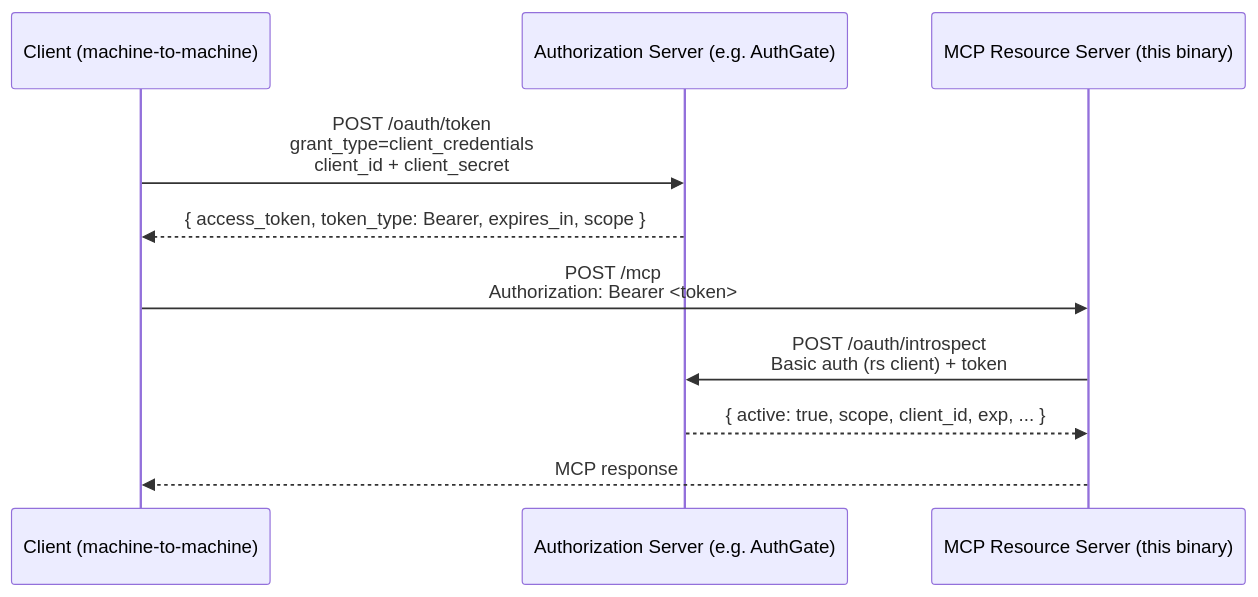
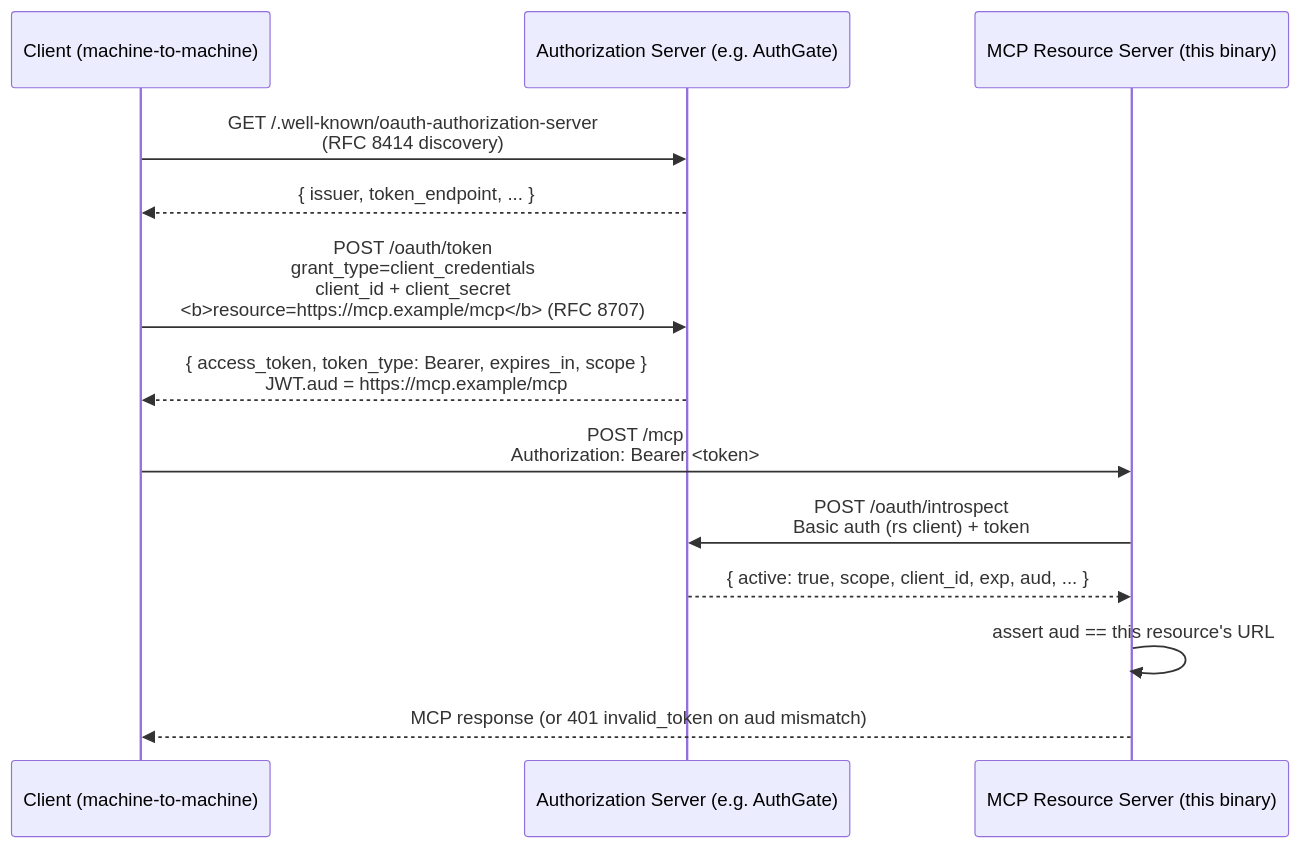
The diagram in 03-oauth-mcp/client-credentials/README.md (go-training/mcp-workshop), drawn with Mermaid before and after one commit. The commit also changed other lines of this file and 6 other files, not shown here.

First line of the commit message:
feat(client-credentials): bind tokens via RFC 8707 and add JWKS verifier variant (#2)

````diff
--- a/03-oauth-mcp/client-credentials/README.md
+++ b/03-oauth-mcp/client-credentials/README.md
@@ -20,14 +20,18 @@
 ```mermaid
 sequenceDiagram
     participant C as Client (machine-to-machine)
     participant AS as Authorization Server (e.g. AuthGate)
     participant RS as MCP Resource Server (this binary)
 
-    C->>AS: POST /oauth/token<br/>grant_type=client_credentials<br/>client_id + client_secret
-    AS-->>C: { access_token, token_type: Bearer, expires_in, scope }
+    C->>AS: GET /.well-known/oauth-authorization-server<br/>(RFC 8414 discovery)
+    AS-->>C: { issuer, token_endpoint, ... }
+
+    C->>AS: POST /oauth/token<br/>grant_type=client_credentials<br/>client_id + client_secret<br/><b>resource=https://mcp.example/mcp</b> (RFC 8707)
+    AS-->>C: { access_token, token_type: Bearer, expires_in, scope }<br/>JWT.aud = https://mcp.example/mcp
 
     C->>RS: POST /mcp<br/>Authorization: Bearer <token>
     RS->>AS: POST /oauth/introspect<br/>Basic auth (rs client) + token
-    AS-->>RS: { active: true, scope, client_id, exp, ... }
-    RS-->>C: MCP response
+    AS-->>RS: { active: true, scope, client_id, exp, aud, ... }
+    RS->>RS: assert aud == this resource's URL
+    RS-->>C: MCP response (or 401 invalid_token on aud mismatch)
 ```
````
